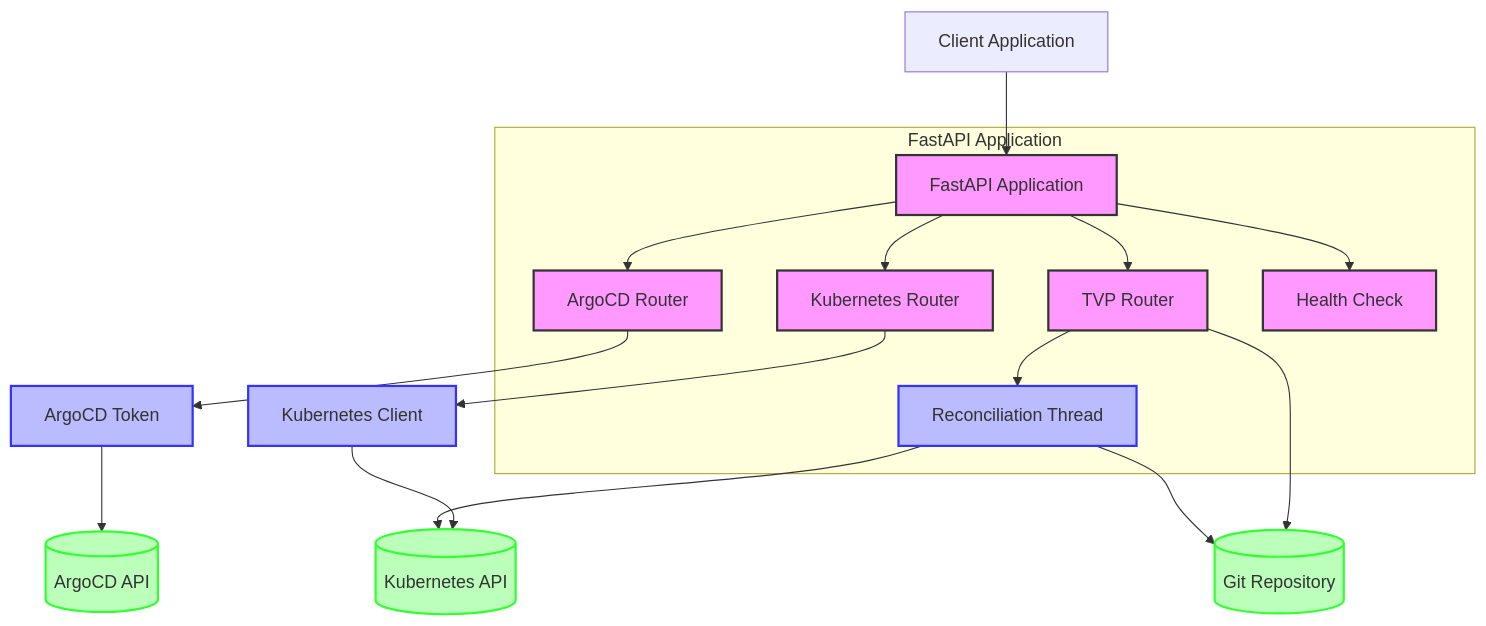
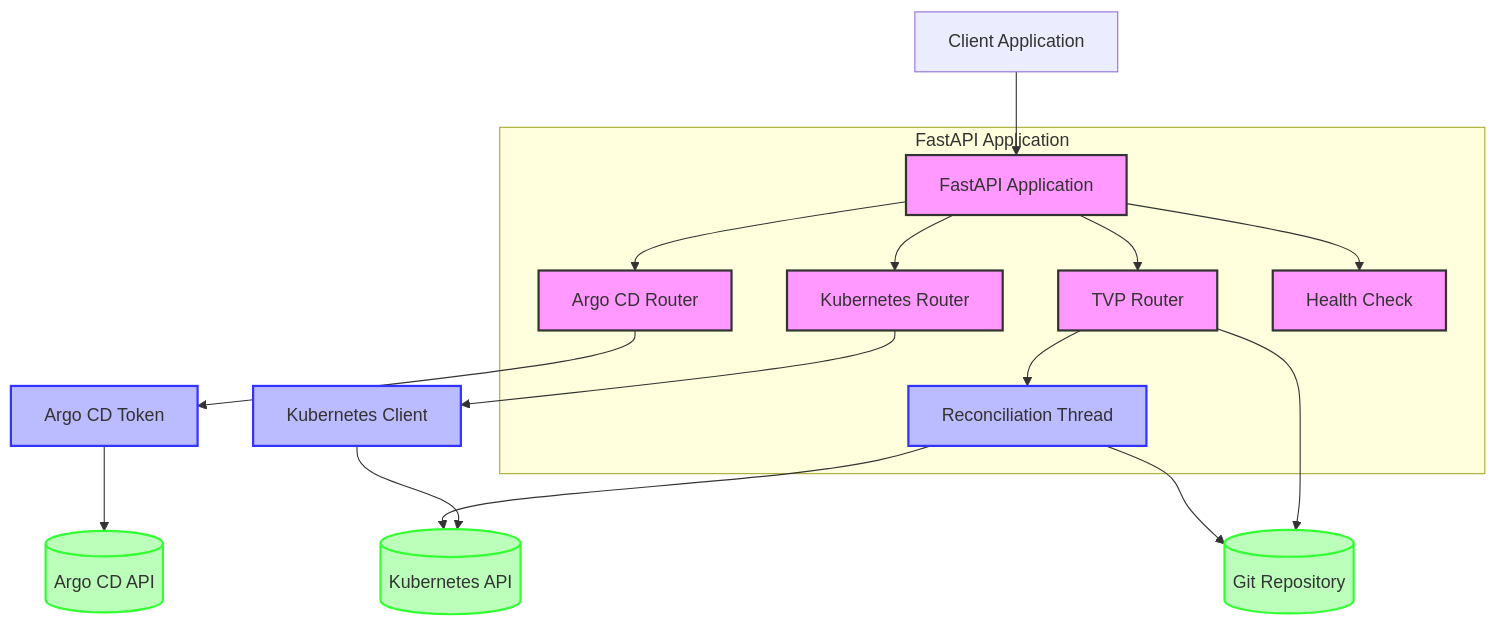
One commit to lloydchang/tvp-k8s changed the diagram in fastapi/mermaid/component-diagram.mermaid. Above: the diagram before and after it, drawn with Mermaid. The commit also changed 5 other files, not shown here.

```diff
--- a/fastapi/mermaid/component-diagram.mermaid
+++ b/fastapi/mermaid/component-diagram.mermaid
@@ -1,27 +1,27 @@
 flowchart TB
     Client[Client Application] --> API[FastAPI Application]
     
     subgraph "FastAPI Application"
         API --> KR[Kubernetes Router]
-        API --> AR[ArgoCD Router]
+        API --> AR[Argo CD Router]
         API --> TR[TVP Router]
         API --> Health[Health Check]
         TR --> RT[Reconciliation Thread]
     end
     
     KR --> KC[Kubernetes Client]
-    AR --> AT[ArgoCD Token]
+    AR --> AT[Argo CD Token]
     TR --> GitRepo[(Git Repository)]
     
     KC --> K8s[(Kubernetes API)]
-    AT --> ArgoCD[(ArgoCD API)]
+    AT --> ArgoCD[(Argo CD API)]
     RT --> GitRepo
     RT --> K8s
     
     classDef component fill:#f9f,stroke:#333,stroke-width:2px
     classDef api fill:#bbf,stroke:#33f,stroke-width:2px
     classDef external fill:#bfb,stroke:#3f3,stroke-width:2px
     
     class API,KR,AR,TR,Health component
     class KC,AT,RT api
     class K8s,ArgoCD,GitRepo external
```
